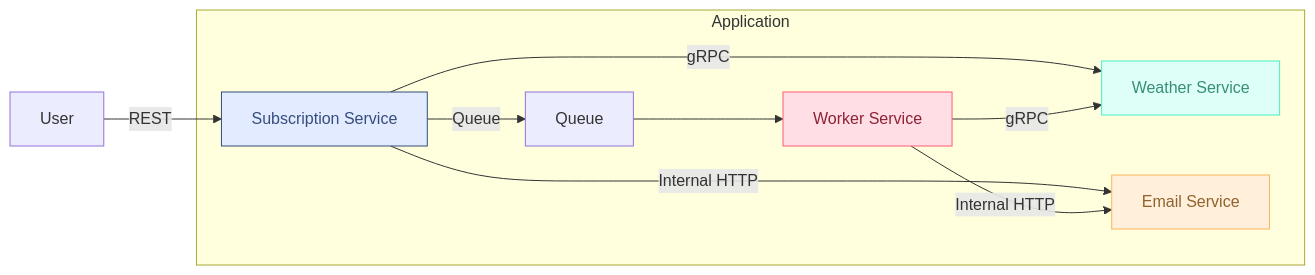
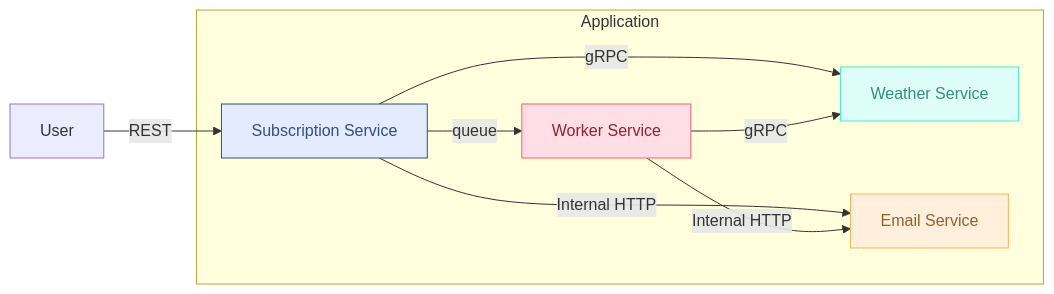
The second of 2 diagrams in docs/rfc/rfc-001.md (GenesisEducationKyiv/software-engineering-school-5-0-mykyyta), drawn with Mermaid before and after one commit.

Commit message:
edit microservices diagram

````diff
--- a/docs/rfc/rfc-001.md
+++ b/docs/rfc/rfc-001.md
@@ -176,25 +176,22 @@
 ```mermaid
 flowchart LR
     USER[User] -->|REST| SUB[Subscription Service]:::Sky
 
     subgraph Application
         SUB
         WTH[Weather Service]:::Aqua
         EM[Email Service]:::Peach
-        Q[Queue]
         WRK[Worker Service]:::Rose
 
         SUB -->|gRPC| WTH
         SUB -->|Internal HTTP| EM
-        SUB -->|Queue| Q
-
-        Q --> WRK
+        SUB --> |queue| WRK
         WRK -->|gRPC| WTH
         WRK -->|Internal HTTP| EM
     end
 
     classDef Peach stroke-width:1px,stroke-dasharray:none,stroke:#FBB35A,fill:#FFEFDB,color:#8F632D;
     classDef Aqua  stroke-width:1px,stroke-dasharray:none,stroke:#46EDC8,fill:#DEFFF8,color:#378E7A;
     classDef Sky   stroke-width:1px,stroke-dasharray:none,stroke:#374D7C,fill:#E2EBFF,color:#374D7C;
     classDef Rose  stroke-width:1px,stroke-dasharray:none,stroke:#FF5978,fill:#FFDFE5,color:#8E2236;
 ```
````
